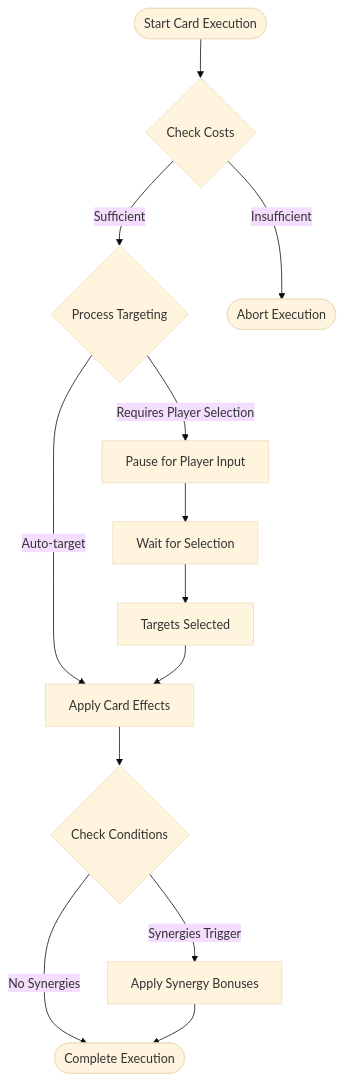
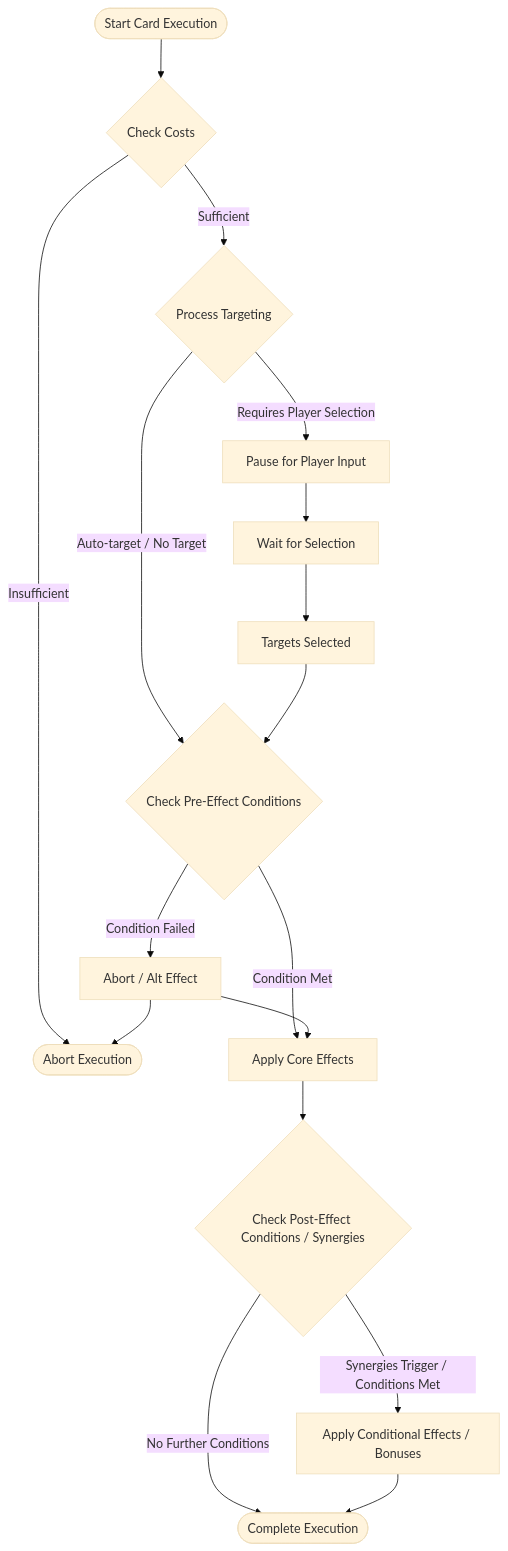
The second of 5 diagrams in card_components_diagram.md (twilwa/MoreRunner), drawn with Mermaid (base theme) before and after one commit. The commit also changed other lines of this file and 5 other files, not shown here.

First line of the commit message:
Fix runtime error in card execution and update documentation.  Addresses a "require is not defined" error and updates markdown files with revised specifications for the Runner faction.

````diff
--- a/card_components_diagram.md
+++ b/card_components_diagram.md
@@ -147,23 +163,22 @@
 ```mermaid
 flowchart TB
-    Start([Start Card Execution]) --> CheckCost
-    CheckCost{Check Costs} -- "Sufficient" --> ProcessTarget
+    Start([Start Card Execution]) --> CheckCost{Check Costs}
+    CheckCost -- "Sufficient" --> ProcessTarget{Process Targeting}
     CheckCost -- "Insufficient" --> Abort([Abort Execution])
-    
-    ProcessTarget{Process Targeting} -- "Requires Player Selection" --> PauseForInput
-    ProcessTarget -- "Auto-target" --> ApplyEffects
-    
-    PauseForInput[Pause for Player Input] --> WaitForSelection
-    WaitForSelection[Wait for Selection] --> TargetsSelected
-    
-    TargetsSelected[Targets Selected] --> ApplyEffects
-    
-    ApplyEffects[Apply Card Effects] --> CheckConditions
-    
-    CheckConditions{Check Conditions} -- "Synergies Trigger" --> ApplyBonuses
-    CheckConditions -- "No Synergies" --> CompleteExecution
-    
-    ApplyBonuses[Apply Synergy Bonuses] --> CompleteExecution
-    
-    CompleteExecution([Complete Execution])
+
+    ProcessTarget -- "Requires Player Selection" --> PauseForInput[Pause for Player Input]
+    ProcessTarget -- "Auto-target / No Target" --> CheckPreConditions{Check Pre-Effect Conditions}
+    PauseForInput --> WaitForSelection[Wait for Selection] --> TargetsSelected[Targets Selected] --> CheckPreConditions
+
+    CheckPreConditions -- "Condition Met" --> ApplyEffects[Apply Core Effects]
+    CheckPreConditions -- "Condition Failed" --> AbortOrAlternative[Abort / Alt Effect]
+
+    ApplyEffects --> CheckPostConditions{Check Post-Effect Conditions / Synergies}
+
+    CheckPostConditions -- "Synergies Trigger / Conditions Met" --> ApplyBonuses[Apply Conditional Effects / Bonuses]
+    CheckPostConditions -- "No Further Conditions" --> CompleteExecution
+
+    ApplyBonuses --> CompleteExecution([Complete Execution])
+    AbortOrAlternative --> Abort
+    AbortOrAlternative --> ApplyEffects
 ```
````
